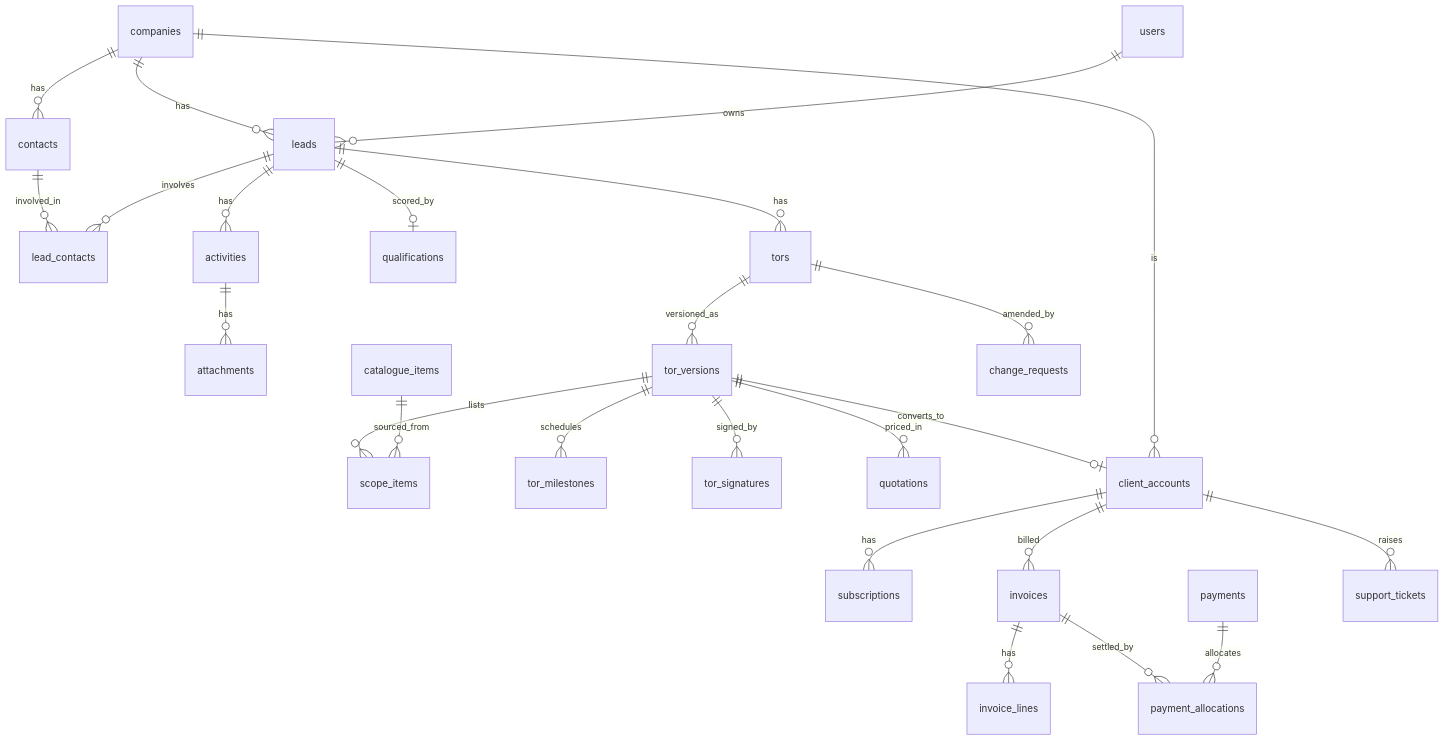
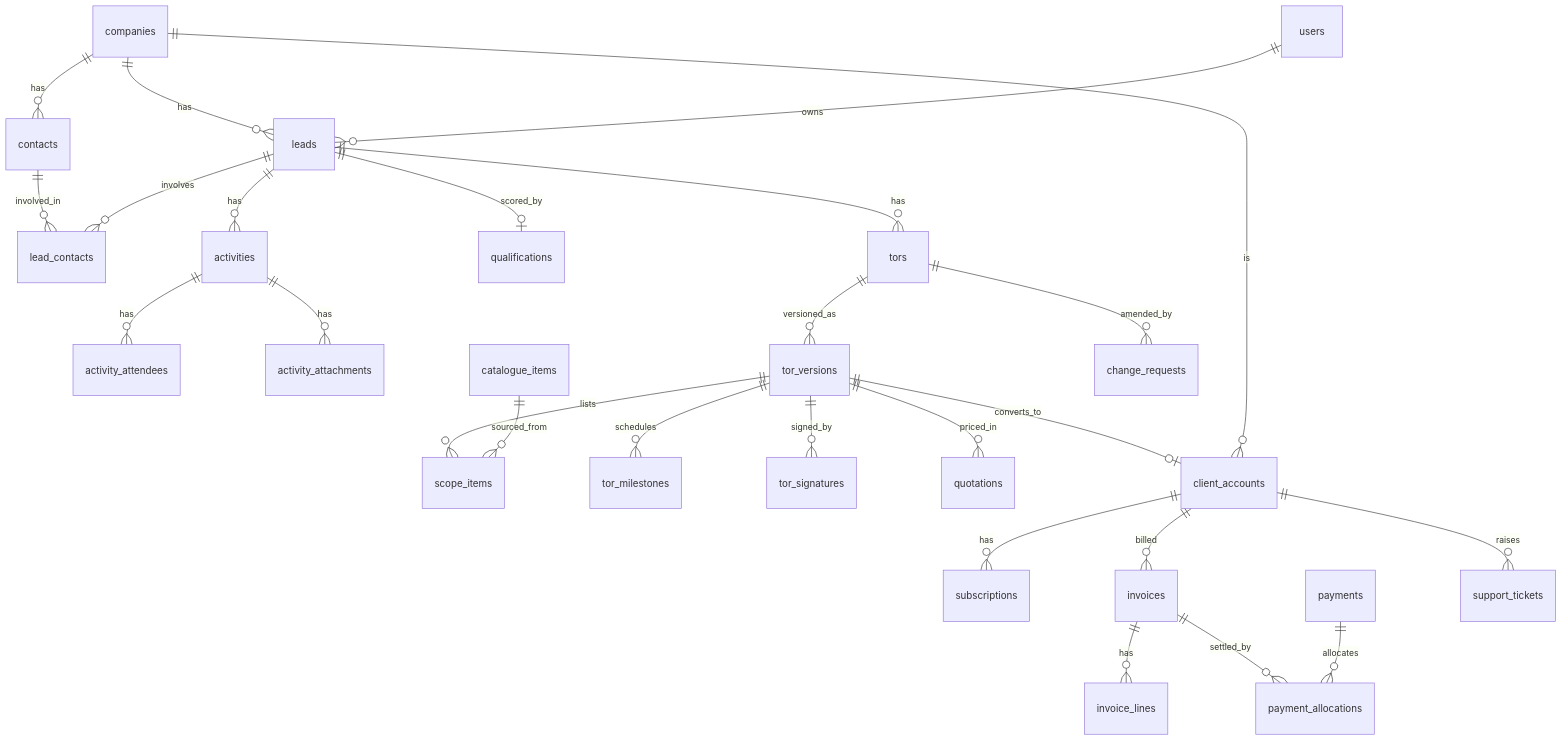
Before and after one commit to winniekagz/autonova-crm-: the second of 2 diagrams in docs/04-database-design.md, drawn with Mermaid. The commit also changed other lines of this file and 6 other files, not shown here.

````diff
--- a/docs/04-database-design.md
+++ b/docs/04-database-design.md
@@ -28,27 +28,28 @@
 ```mermaid
 erDiagram
   companies ||--o{ contacts : has
   companies ||--o{ leads : has
   contacts ||--o{ lead_contacts : involved_in
   leads ||--o{ lead_contacts : involves
   users ||--o{ leads : owns
   leads ||--o{ activities : has
-  activities ||--o{ attachments : has
+  activities ||--o{ activity_attendees : has
+  activities ||--o{ activity_attachments : has
   leads ||--o| qualifications : scored_by
   leads ||--o{ tors : has
   tors ||--o{ tor_versions : versioned_as
   tor_versions ||--o{ scope_items : lists
   catalogue_items ||--o{ scope_items : sourced_from
   tor_versions ||--o{ tor_milestones : schedules
   tor_versions ||--o{ tor_signatures : signed_by
   tor_versions ||--o{ quotations : priced_in
   tors ||--o{ change_requests : amended_by
   tor_versions ||--o| client_accounts : converts_to
   companies ||--o{ client_accounts : is
   client_accounts ||--o{ subscriptions : has
   client_accounts ||--o{ invoices : billed
   invoices ||--o{ invoice_lines : has
   invoices ||--o{ payment_allocations : settled_by
   payments ||--o{ payment_allocations : allocates
   client_accounts ||--o{ support_tickets : raises
 ```
````
